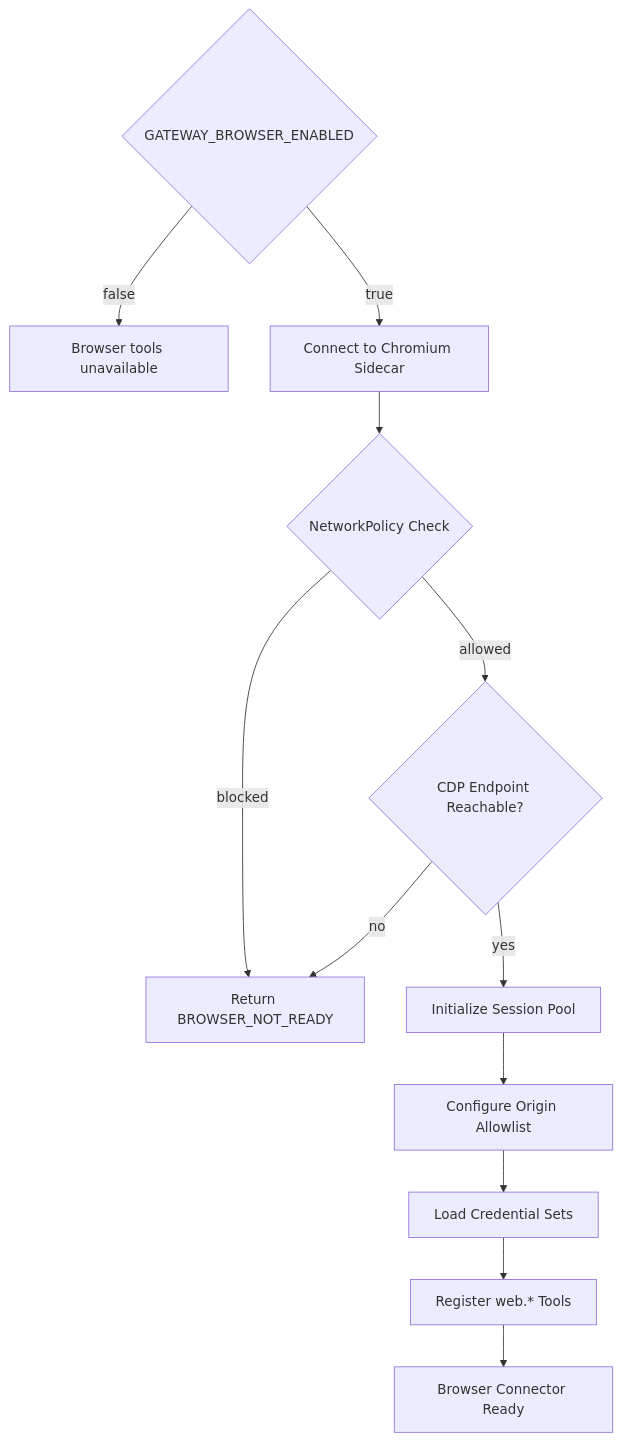
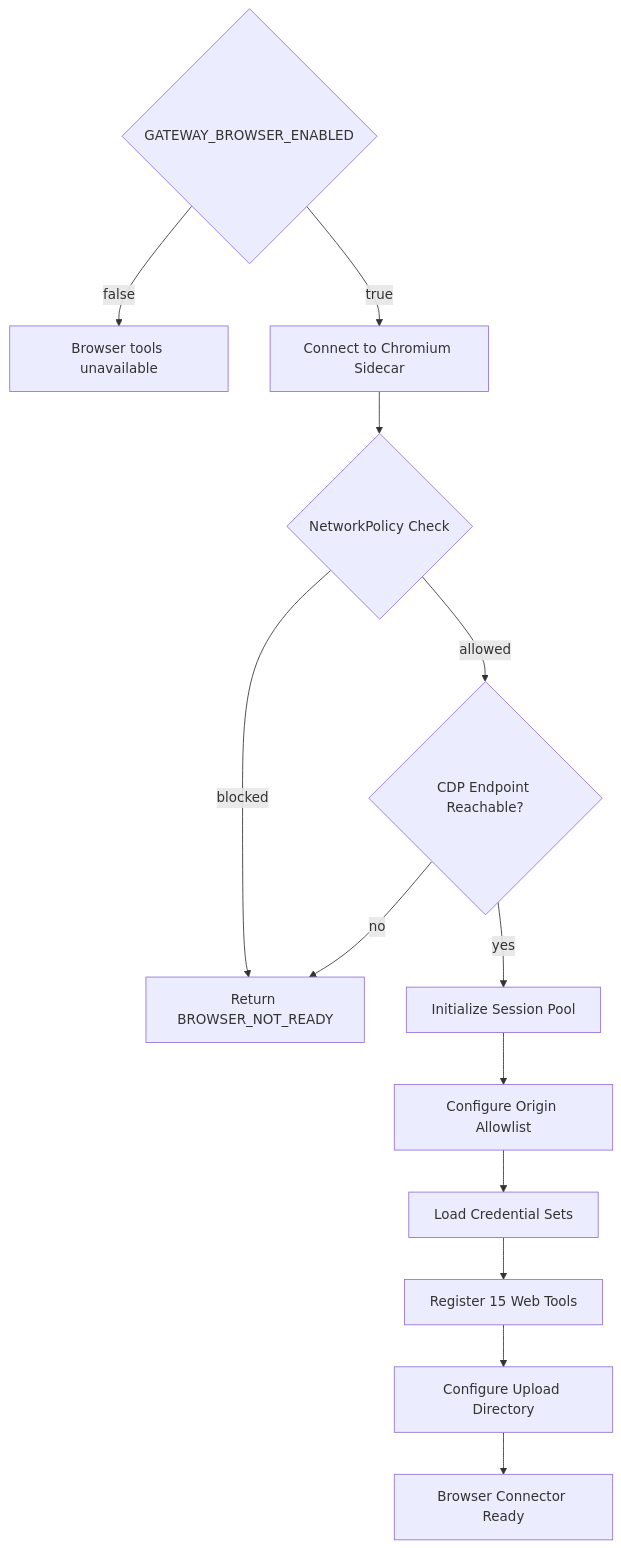
The fourth of 23 diagrams in .qoder/repowiki/en/content/Tool Gateway Service/Configuration and Environment Setup.md (metasync/luban-aiops), drawn with Mermaid before and after one commit. The commit also changed other lines of this file and 109 other files, not shown here.

````diff
--- a/.qoder/repowiki/en/content/Tool Gateway Service/Configuration and Environment Setup.md
+++ b/.qoder/repowiki/en/content/Tool Gateway Service/Configuration and Environment Setup.md
@@ -570,14 +614,15 @@
 ```mermaid
 flowchart TD
 Enabled{"GATEWAY_BROWSER_ENABLED"} --> |false| Disabled["Browser tools unavailable"]
 Enabled --> |true| Connect["Connect to Chromium Sidecar"]
 Connect --> NetPol{"NetworkPolicy Check"}
 NetPol --> |blocked| NotReady["Return BROWSER_NOT_READY"]
 NetPol --> |allowed| CDP{"CDP Endpoint Reachable?"}
 CDP --> |no| NotReady
 CDP --> |yes| Sessions["Initialize Session Pool"]
 Sessions --> AllowOrigins["Configure Origin Allowlist"]
 AllowOrigins --> CredentialSets["Load Credential Sets"]
-CredentialSets --> Tools["Register web.* Tools"]
-Tools --> Ready["Browser Connector Ready"]
+CredentialSets --> Tools["Register 15 Web Tools"]
+Tools --> UploadDir["Configure Upload Directory"]
+UploadDir --> Ready["Browser Connector Ready"]
 ```
````
